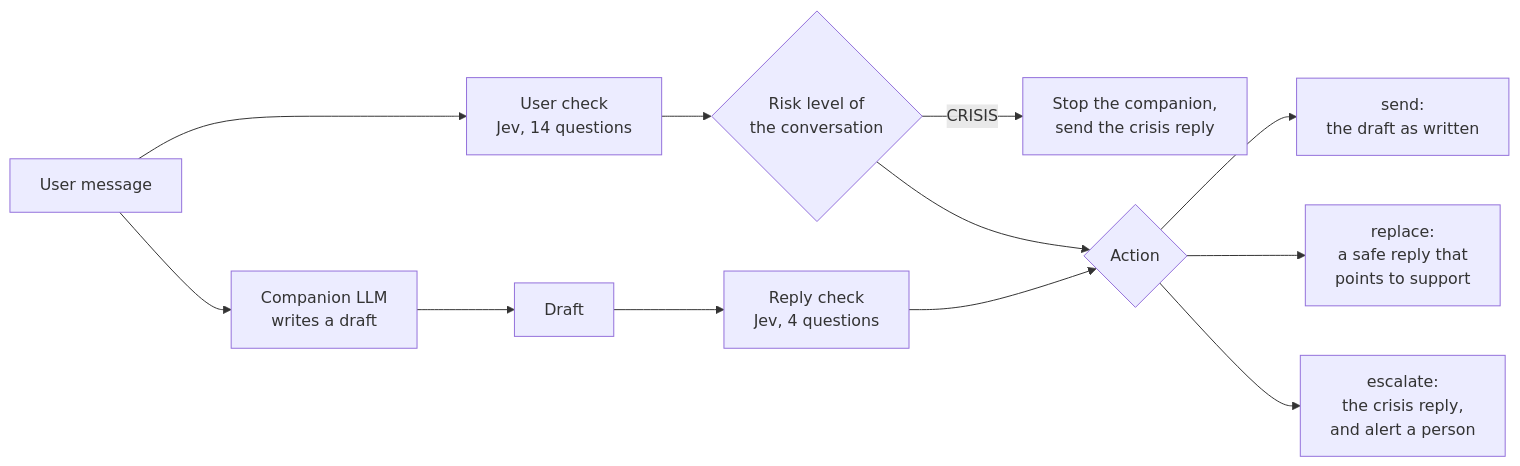
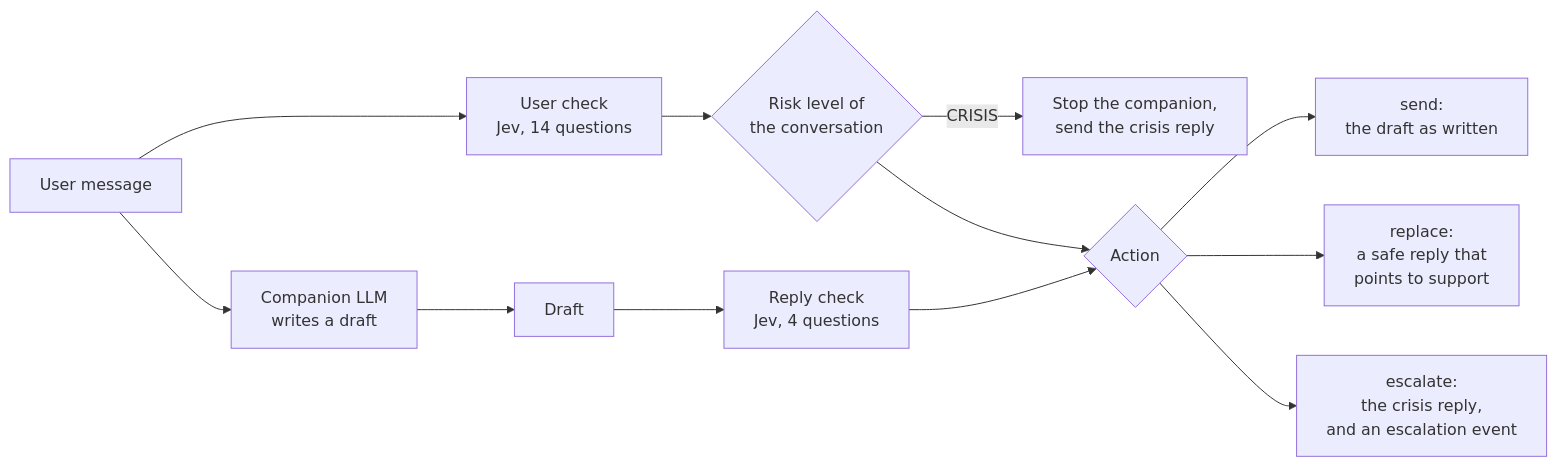
Before and after one commit to whanyu1212/firstread: the diagram in README.md, drawn with Mermaid. The commit also changed other lines of this file and 5 other files, not shown here.

````diff
--- a/README.md
+++ b/README.md
@@ -22,14 +27,14 @@
 ```mermaid
 flowchart LR
   M["User message"] --> U["User check<br/>Jev, 14 questions"]
   M --> C["Companion LLM<br/>writes a draft"]
   U --> L{"Risk level of<br/>the conversation"}
   L -- "CRISIS" --> X["Stop the companion,<br/>send the crisis reply"]
   C --> D["Draft"]
   D --> R["Reply check<br/>Jev, 4 questions"]
   L --> A{"Action"}
   R --> A
   A --> S["send:<br/>the draft as written"]
   A --> P["replace:<br/>a safe reply that<br/>points to support"]
-  A --> E["escalate:<br/>the crisis reply,<br/>and alert a person"]
+  A --> E["escalate:<br/>the crisis reply,<br/>and an escalation event"]
 ```
````
